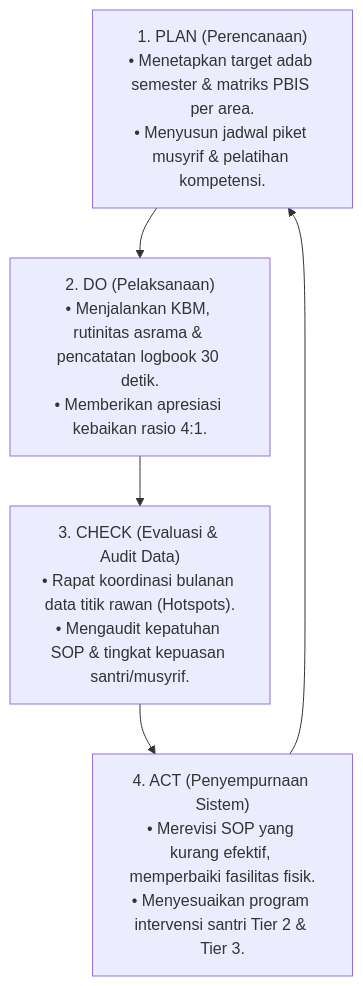
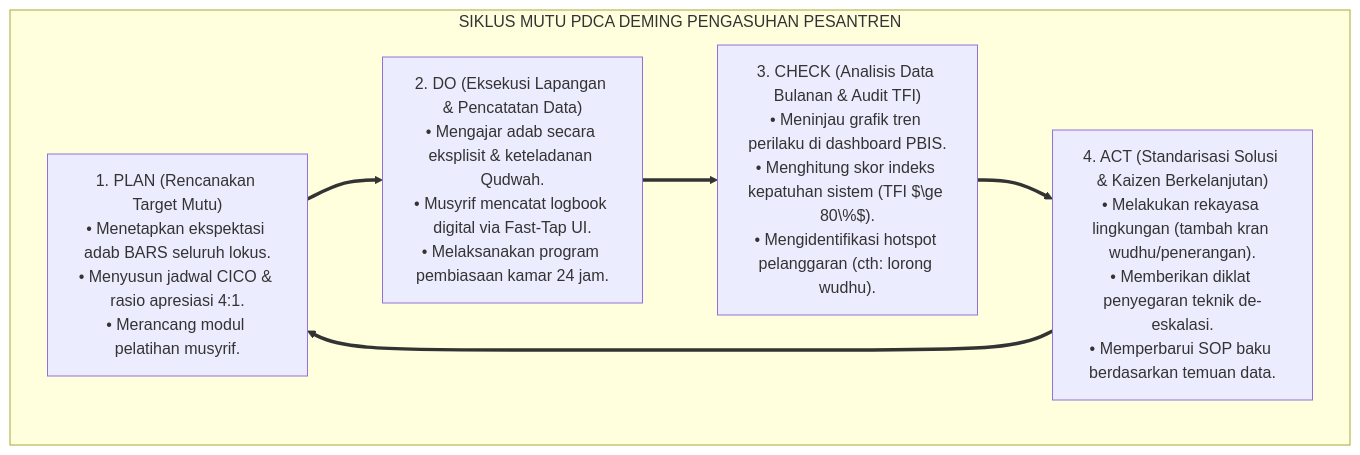
One commit to wandiapriliyandi/tumbuh changed the third of 6 diagrams in 02 Principles/07 Implementation Principles/P2-07-04-Prinsip-Penjaminan-Mutu-dan-Continuous-Improvement.md. Above: the diagram before and after it, drawn with Mermaid. The commit also changed other lines of this file and 42 other files, not shown here.

````diff
--- a/02 Principles/07 Implementation Principles/P2-07-04-Prinsip-Penjaminan-Mutu-dan-Continuous-Improvement.md
+++ b/02 Principles/07 Implementation Principles/P2-07-04-Prinsip-Penjaminan-Mutu-dan-Continuous-Improvement.md
@@ -10,10 +108,14 @@
 ```mermaid
-graph TD
-    Plan["1. PLAN (Perencanaan)<br/>• Menetapkan target adab semester & matriks PBIS per area.<br/>• Menyusun jadwal piket musyrif & pelatihan kompetensi."] --> Do["2. DO (Pelaksanaan)<br/>• Menjalankan KBM, rutinitas asrama & pencatatan logbook 30 detik.<br/>• Memberikan apresiasi kebaikan rasio 4:1."]
-    
-    Do --> Check["3. CHECK (Evaluasi & Audit Data)<br/>• Rapat koordinasi bulanan data titik rawan (Hotspots).<br/>• Mengaudit kepatuhan SOP & tingkat kepuasan santri/musyrif."]
-    
-    Check --> Act["4. ACT (Penyempurnaan Sistem)<br/>• Merevisi SOP yang kurang efektif, memperbaiki fasilitas fisik.<br/>• Menyesuaikan program intervensi santri Tier 2 & Tier 3."]
-    
-    Act --> Plan
+flowchart TD
+    subgraph SiklusPDCAPesantrenTUMBUH["SIKLUS MUTU PDCA DEMING PENGASUHAN PESANTREN"]
+        P["1. PLAN (Rencanakan Target Mutu)<br/>• Menetapkan ekspektasi adab BARS seluruh lokus.<br/>• Menyusun jadwal CICO & rasio apresiasi 4:1.<br/>• Merancang modul pelatihan musyrif."]
+        
+        D["2. DO (Eksekusi Lapangan & Pencatatan Data)<br/>• Mengajar adab secara eksplisit & keteladanan Qudwah.<br/>• Musyrif mencatat logbook digital via Fast-Tap UI.<br/>• Melaksanakan program pembiasaan kamar 24 jam."]
+        
+        C["3. CHECK (Analisis Data Bulanan & Audit TFI)<br/>• Meninjau grafik tren perilaku di dashboard PBIS.<br/>• Menghitung skor indeks kepatuhan sistem (TFI $\ge 80\%$).<br/>• Mengidentifikasi hotspot pelanggaran (cth: lorong wudhu)."]
+        
+        A["4. ACT (Standarisasi Solusi & Kaizen Berkelanjutan)<br/>• Melakukan rekayasa lingkungan (tambah kran wudhu/penerangan).<br/>• Memberikan diklat penyegaran teknik de-eskalasi.<br/>• Memperbarui SOP baku berdasarkan temuan data."]
+        
+        P ==> D ==> C ==> A ==> P
+    end
 ```
````
